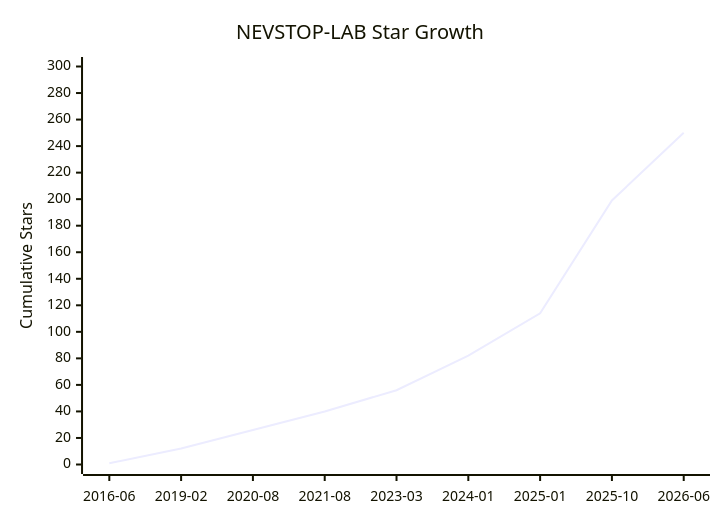
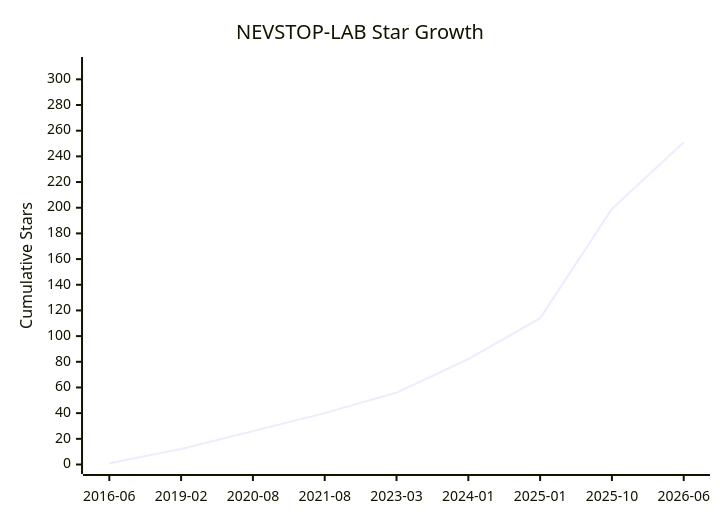
The diagram in Star-History.md (NEVSTOP-LAB/.github), drawn with Mermaid before and after one commit. The commit also changed other lines of this file, not shown here.

````diff
--- a/Star-History.md
+++ b/Star-History.md
@@ -8,7 +8,7 @@
 ```mermaid
 xychart-beta
     title "NEVSTOP-LAB Star Growth"
     x-axis ["2016-06", "2019-02", "2020-08", "2021-08", "2023-03", "2024-01", "2025-01", "2025-10", "2026-06"]
-    y-axis "Cumulative Stars" 0 --> 300
-    line [1, 12, 26, 40, 56, 82, 114, 199, 250]
+    y-axis "Cumulative Stars" 0 --> 310
+    line [1, 12, 26, 40, 56, 82, 114, 199, 251]
 ```
````
